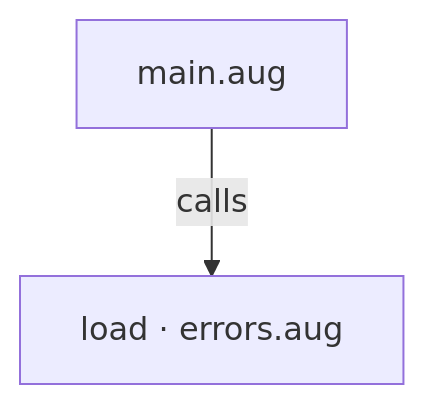
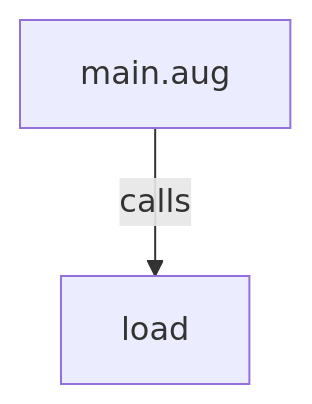
The first of 2 diagrams in docs/examples/errors/main-diagrams.md (GreenPandaStudios/augscript), drawn with Mermaid before and after one commit. The commit also changed other lines of this file and 524 other files, not shown here.

Commit message:
Explain checked data flow at folder and service levels

````diff
--- a/docs/examples/errors/main-diagrams.md
+++ b/docs/examples/errors/main-diagrams.md
@@ -23,6 +20,6 @@
 ```mermaid
 flowchart TD
-    n0["load · errors.aug"]
+    n0["load"]
     n1["main.aug"]
     n1 -->|"calls"| n0
 ```
````
